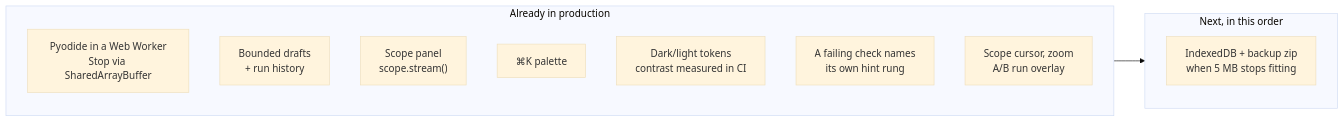
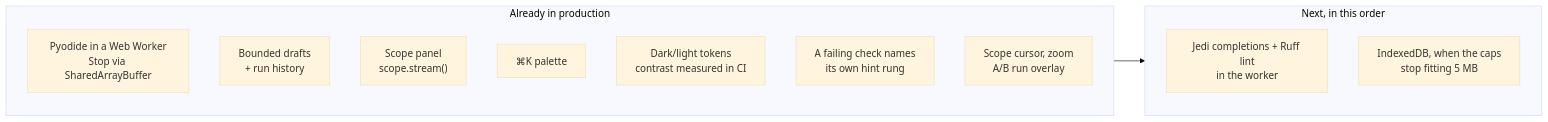
Before and after one commit to TLE47/Mechatronics-Roadmap: the diagram in docs/PLAN-2.0-GAP.md, drawn with Mermaid (base theme). The commit also changed other lines of this file and 16 other files, not shown here.

````diff
--- a/docs/PLAN-2.0-GAP.md
+++ b/docs/PLAN-2.0-GAP.md
@@ -8,16 +8,17 @@
 ```mermaid
 flowchart LR
     subgraph shipped["Already in production"]
         W["Pyodide in a Web Worker<br/>Stop via SharedArrayBuffer"]
         D["Bounded drafts<br/>+ run history"]
         S["Scope panel<br/>scope.stream()"]
         P["⌘K palette"]
         T["Dark/light tokens<br/>contrast measured in CI"]
         H["A failing check names<br/>its own hint rung"]
         A["Scope cursor, zoom<br/>A/B run overlay"]
     end
     subgraph next["Next, in this order"]
-        X["IndexedDB + backup zip<br/>when 5 MB stops fitting"]
+        X["Jedi completions + Ruff lint<br/>in the worker"]
+        Y["IndexedDB, when the caps<br/>stop fitting 5 MB"]
     end
     shipped --> next
 ```
````
